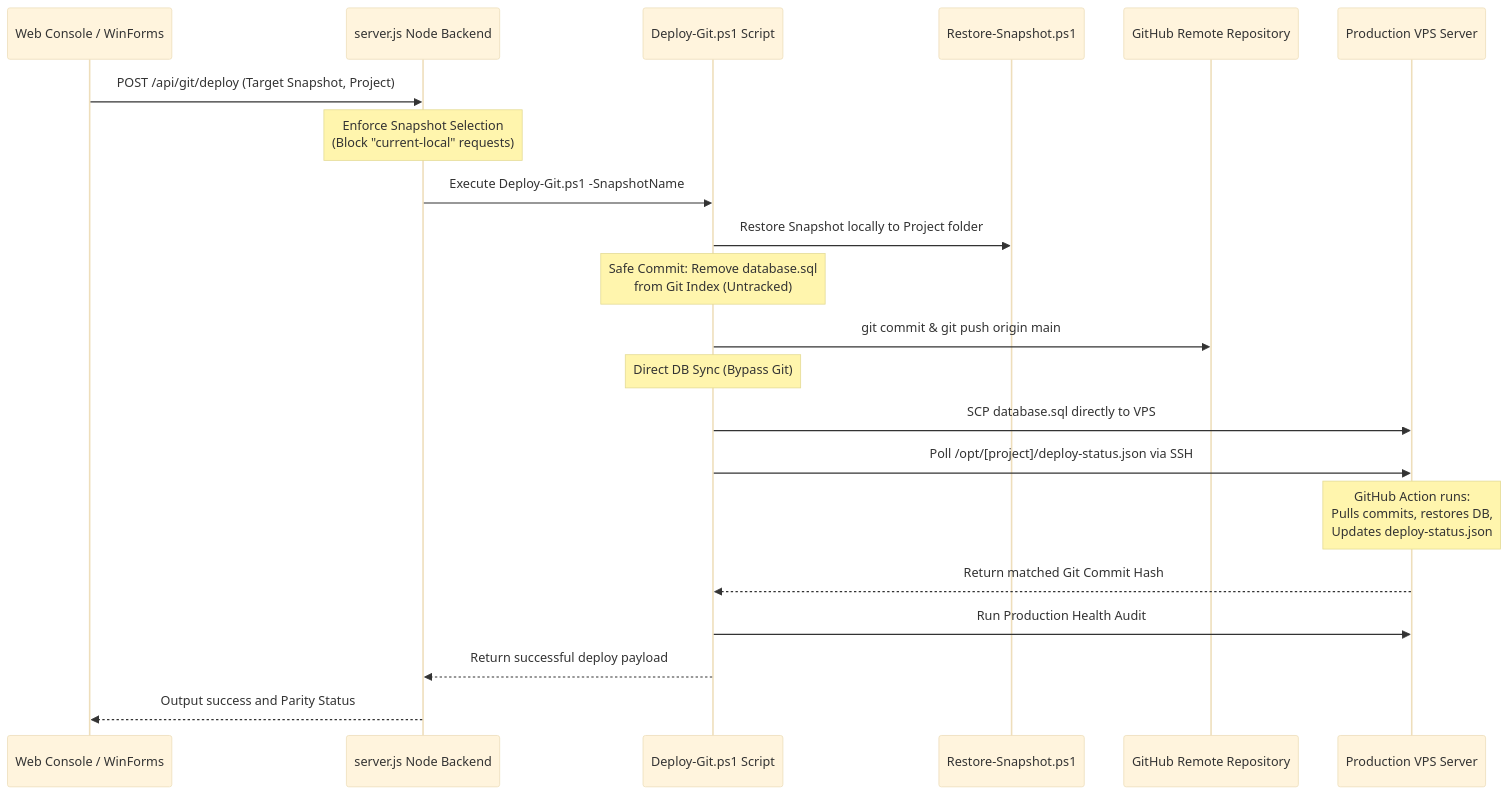
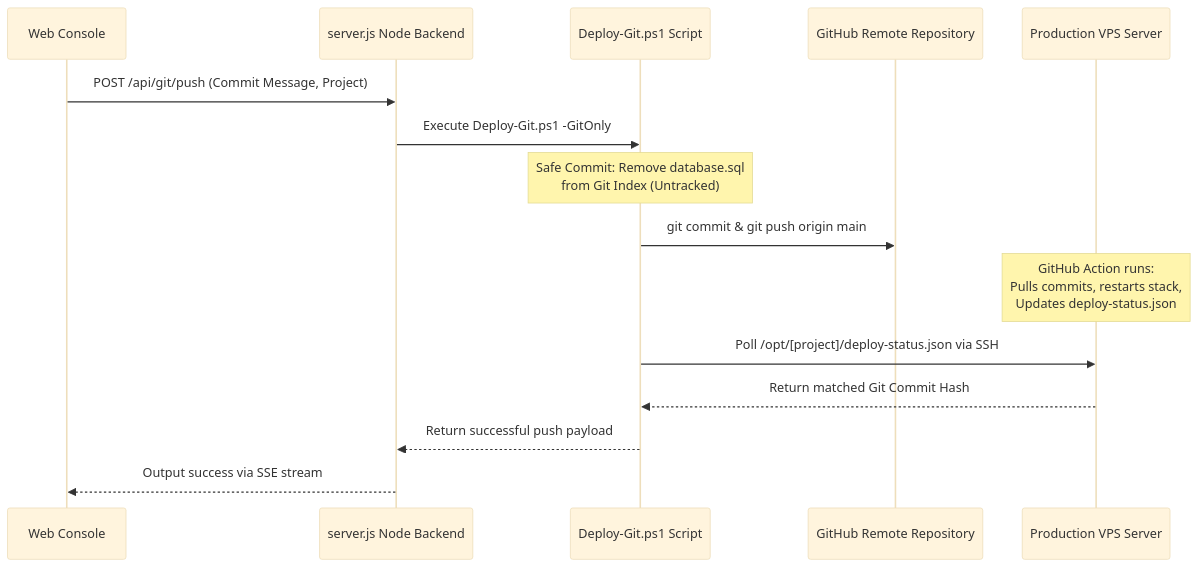
The first of 2 diagrams in docs/walkthrough.md (SaleamEssop/ESSOP), drawn with Mermaid (base theme) before and after one commit. The commit also changed other lines of this file and 8 other files, not shown here.

````diff
--- a/docs/walkthrough.md
+++ b/docs/walkthrough.md
@@ -65,24 +70,18 @@
 ```mermaid
 sequenceDiagram
-    participant UI as Web Console / WinForms
+    participant UI as Web Console
     participant SV as server.js Node Backend
     participant DP as Deploy-Git.ps1 Script
-    participant RS as Restore-Snapshot.ps1
     participant GH as GitHub Remote Repository
     participant VP as Production VPS Server
 
-    UI->>SV: POST /api/git/deploy (Target Snapshot, Project)
-    Note over SV: Enforce Snapshot Selection<br/>(Block "current-local" requests)
-    SV->>DP: Execute Deploy-Git.ps1 -SnapshotName
-    DP->>RS: Restore Snapshot locally to Project folder
+    UI->>SV: POST /api/git/push (Commit Message, Project)
+    SV->>DP: Execute Deploy-Git.ps1 -GitOnly
     Note over DP: Safe Commit: Remove database.sql<br/>from Git Index (Untracked)
     DP->>GH: git commit & git push origin main
-    Note over DP: Direct DB Sync (Bypass Git)
-    DP->>VP: SCP database.sql directly to VPS
+    Note over VP: GitHub Action runs:<br/>Pulls commits, restarts stack,<br/>Updates deploy-status.json
     DP->>VP: Poll /opt/[project]/deploy-status.json via SSH
-    Note over VP: GitHub Action runs:<br/>Pulls commits, restores DB,<br/>Updates deploy-status.json
     VP-->>DP: Return matched Git Commit Hash
-    DP->>VP: Run Production Health Audit
-    DP-->>SV: Return successful deploy payload
-    SV-->>UI: Output success and Parity Status
+    DP-->>SV: Return successful push payload
+    SV-->>UI: Output success via SSE stream
 ```
````
